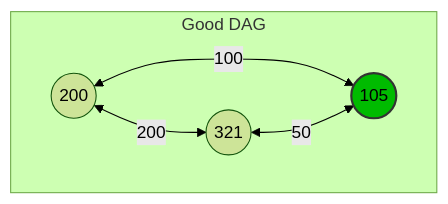
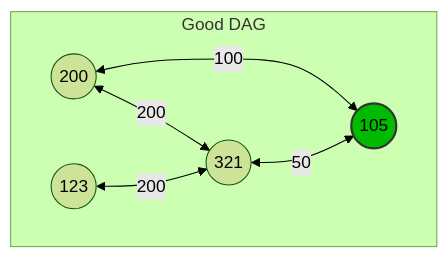
Before and after one commit to algosup/2024-2025-project-3-quickest-path-team-2: the third of 10 diagrams in documents/technical/technical_specification.md, drawn with Mermaid (forest theme). The commit also changed other lines of this file, not shown here.

````diff
--- a/documents/technical/technical_specification.md
+++ b/documents/technical/technical_specification.md
@@ -254,9 +291,10 @@
 ```mermaid
 graph
     subgraph Good DAG
         a((200)) -- 100 <--> b((105))
         a((200)) -- 200 <--> d((321))
+        f((123)) -- 200 <--> d((321))
         d((321)) -- 50 <--> b((105)):::yes
         classDef yes fill:#0b0,stroke:#333,stroke-width:2px;
     end
 ```
````
